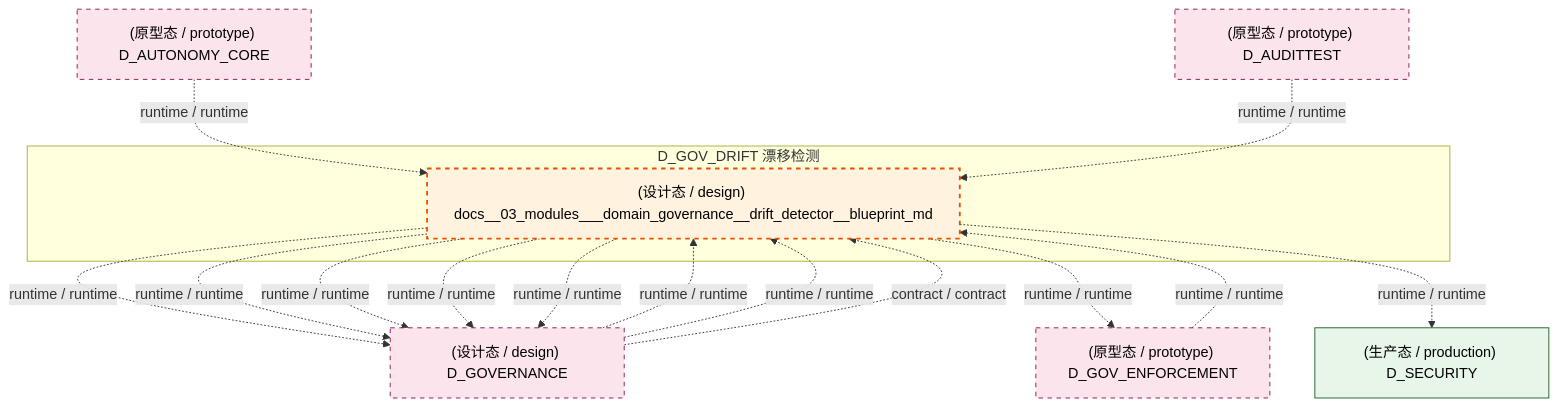
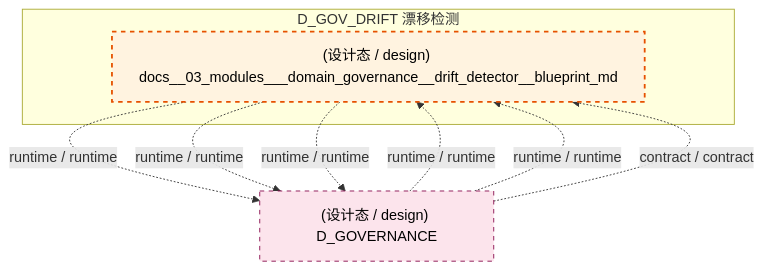
Before and after one commit to xuanFelixVan/ZephyrAlpha: the first of 3 diagrams in docs/02_enterprise_architecture/02_domain_architecture_docs/34_d_gov_drift.md, drawn with Mermaid. The commit also changed other lines of this file and 100 other files, not shown here.

````diff
--- a/docs/02_enterprise_architecture/02_domain_architecture_docs/34_d_gov_drift.md
+++ b/docs/02_enterprise_architecture/02_domain_architecture_docs/34_d_gov_drift.md
@@ -64,31 +64,19 @@
 ```mermaid
 graph TD
     subgraph D_GOV_DRIFT["D_GOV_DRIFT 漂移检测"]
         docs_03_modules_domain_governance_drift_detector_blueprint_md["(设计态 / design) docs__03_modules___domain_governance__drift_detector__blueprint_md"]
     end
     D_GOVERNANCE["(设计态 / design) D_GOVERNANCE"]
     docs_03_modules_domain_governance_drift_detector_blueprint_md -.->|runtime / runtime| D_GOVERNANCE
     docs_03_modules_domain_governance_drift_detector_blueprint_md -.->|runtime / runtime| D_GOVERNANCE
-    D_GOV_ENFORCEMENT["(原型态 / prototype) D_GOV_ENFORCEMENT"]
-    docs_03_modules_domain_governance_drift_detector_blueprint_md -.->|runtime / runtime| D_GOV_ENFORCEMENT
-    D_SECURITY["(生产态 / production) D_SECURITY"]
-    docs_03_modules_domain_governance_drift_detector_blueprint_md -.->|runtime / runtime| D_SECURITY
     docs_03_modules_domain_governance_drift_detector_blueprint_md -.->|runtime / runtime| D_GOVERNANCE
-    docs_03_modules_domain_governance_drift_detector_blueprint_md -.->|runtime / runtime| D_GOVERNANCE
-    docs_03_modules_domain_governance_drift_detector_blueprint_md -.->|runtime / runtime| D_GOVERNANCE
-    D_GOV_ENFORCEMENT -.->|runtime / runtime| docs_03_modules_domain_governance_drift_detector_blueprint_md
     D_GOVERNANCE -.->|runtime / runtime| docs_03_modules_domain_governance_drift_detector_blueprint_md
     D_GOVERNANCE -.->|runtime / runtime| docs_03_modules_domain_governance_drift_detector_blueprint_md
     D_GOVERNANCE -.->|contract / contract| docs_03_modules_domain_governance_drift_detector_blueprint_md
-    D_AUTONOMY_CORE["(原型态 / prototype) D_AUTONOMY_CORE"]
-    D_AUTONOMY_CORE -.->|runtime / runtime| docs_03_modules_domain_governance_drift_detector_blueprint_md
-    D_AUDITTEST["(原型态 / prototype) D_AUDITTEST"]
-    D_AUDITTEST -.->|runtime / runtime| docs_03_modules_domain_governance_drift_detector_blueprint_md
     classDef production fill:#e1f5fe,stroke:#01579b,stroke-width:2px,color:#000
     classDef design fill:#fff3e0,stroke:#e65100,stroke-width:2px,color:#000,stroke-dasharray: 5 5
     classDef external_prod fill:#e8f5e9,stroke:#1b5e20,stroke-width:1px,color:#000
     classDef external_design fill:#fce4ec,stroke:#880e4f,stroke-width:1px,color:#000,stroke-dasharray: 5 5
     class docs_03_modules_domain_governance_drift_detector_blueprint_md design
-    class D_SECURITY external_prod
-    class D_GOVERNANCE,D_GOV_ENFORCEMENT,D_AUTONOMY_CORE,D_AUDITTEST external_design
+    class D_GOVERNANCE external_design
 ```
````
